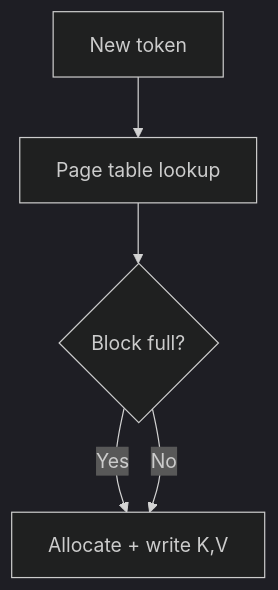
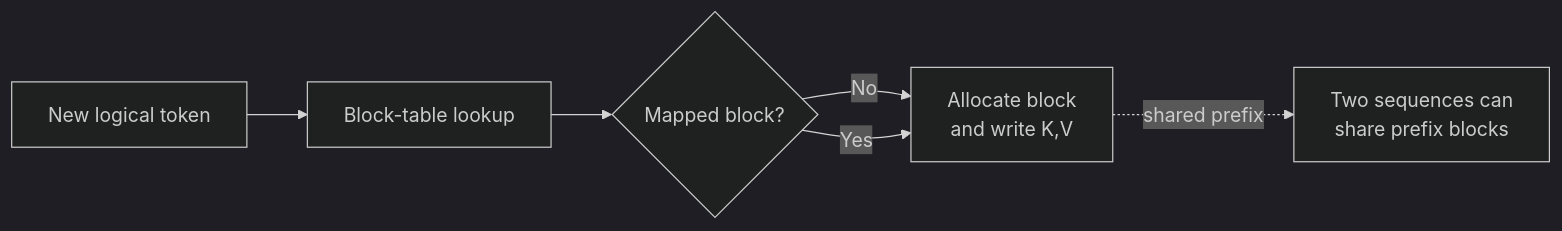
Before and after one commit to danilop/micro-gpt-and-beyond: the diagram in walk-the-code/diagrams/paged_virtual.mmd, drawn with Mermaid (dark theme). The commit also changed 45 other files, not shown here.

```diff
--- a/walk-the-code/diagrams/paged_virtual.mmd
+++ b/walk-the-code/diagrams/paged_virtual.mmd
@@ -1,5 +1,7 @@
-graph TD
-    req[New token] --> lookup[Page table lookup]
-    lookup --> alloc_p{Block full?}
-    alloc_p -->|Yes| write[Allocate + write K,V]
-    alloc_p -->|No| write
+graph LR
+    req[New logical token]
+    req --> lookup[Block-table lookup]
+    lookup --> alloc_p{Mapped block?}
+    alloc_p -->|No| write[Allocate block<br/>and write K,V]
+    alloc_p -->|Yes| write
+    write -. shared prefix .-> share[Two sequences can<br/>share prefix blocks]
```
